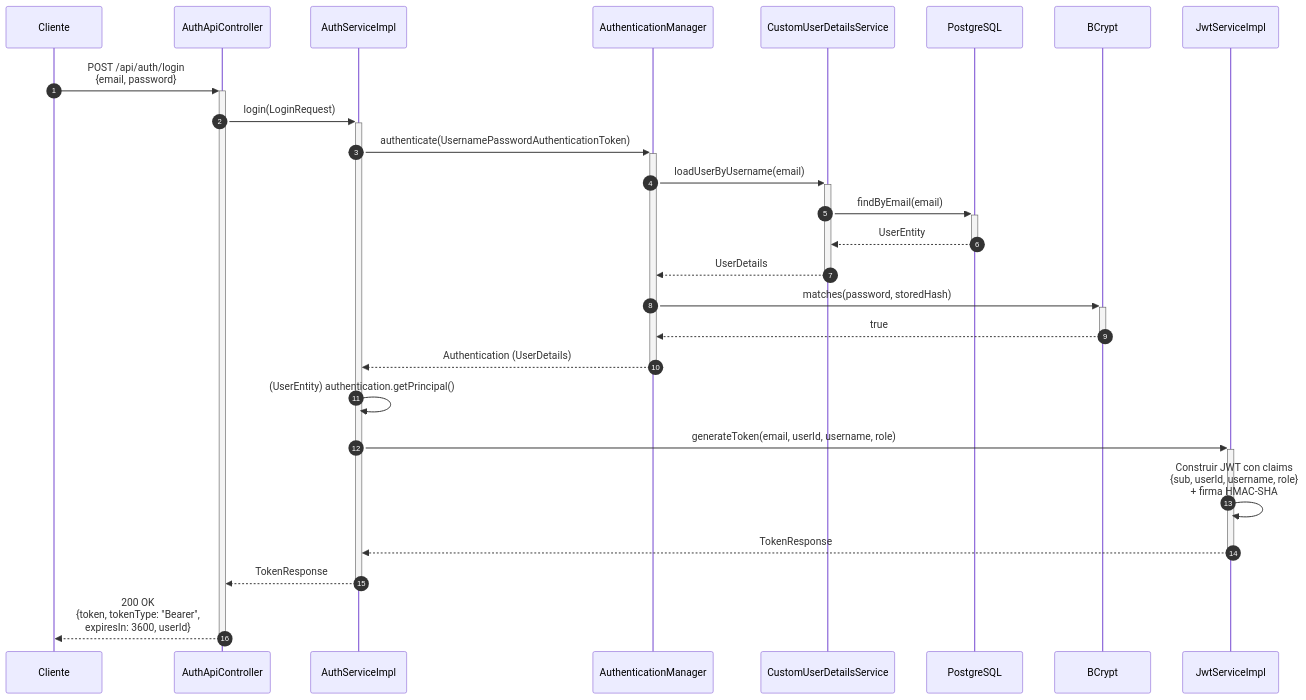
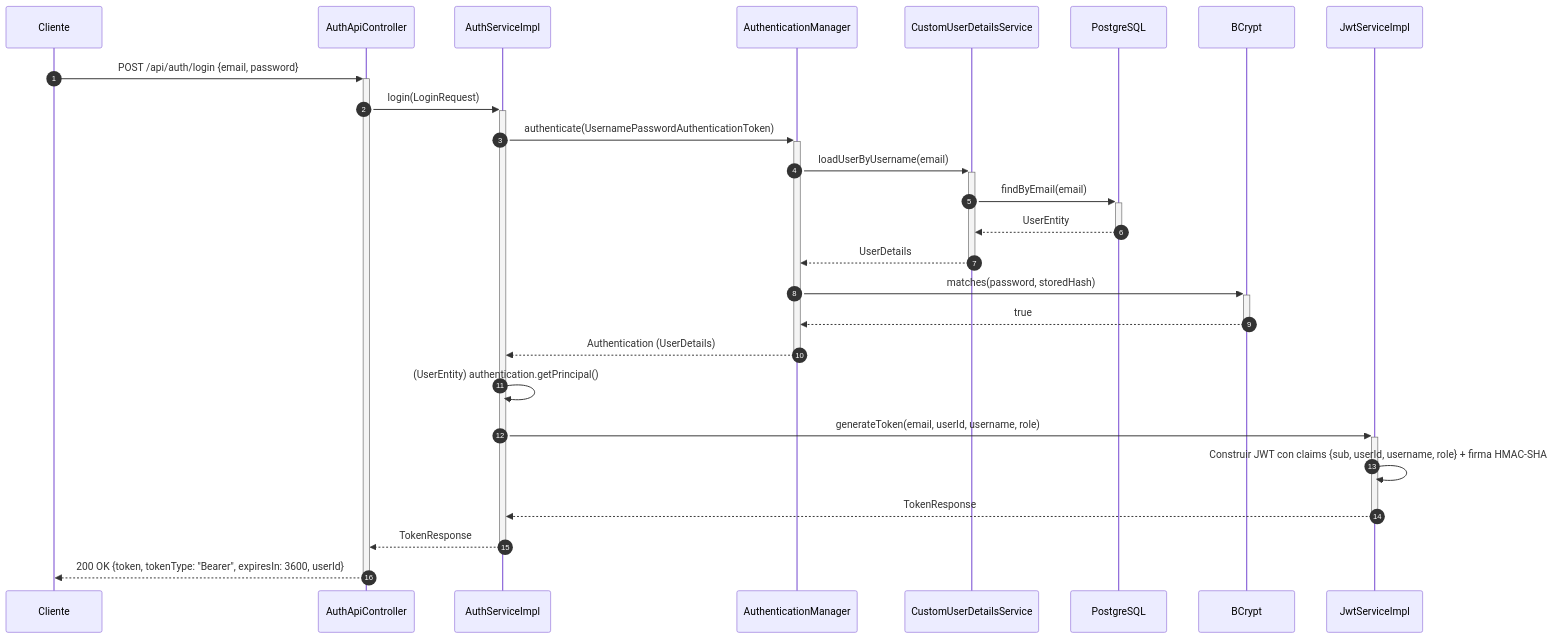
The second of 8 diagrams in docs/ARQUITECTURA.md (dio-quincarDev/springsecurity-basics), drawn with Mermaid before and after one commit. The commit also changed other lines of this file, not shown here.

Commit message:
Mejora de Diagramas

````diff
--- a/docs/ARQUITECTURA.md
+++ b/docs/ARQUITECTURA.md
@@ -77,29 +77,29 @@
 ```mermaid
 sequenceDiagram
     autonumber
     participant C as Cliente
     participant CTRL as AuthApiController
     participant AUTH as AuthServiceImpl
     participant AM as AuthenticationManager
     participant UDS as CustomUserDetailsService
     participant DB as PostgreSQL
     participant BC as BCrypt
     participant JWT as JwtServiceImpl
 
-    C->>+CTRL: POST /api/auth/login<br/>{email, password}
+    C->>+CTRL: POST /api/auth/login {email, password}
     CTRL->>+AUTH: login(LoginRequest)
     AUTH->>+AM: authenticate(UsernamePasswordAuthenticationToken)
     AM->>+UDS: loadUserByUsername(email)
     UDS->>+DB: findByEmail(email)
     DB-->>-UDS: UserEntity
     UDS-->>-AM: UserDetails
     AM->>+BC: matches(password, storedHash)
     BC-->>-AM: true
     AM-->>-AUTH: Authentication (UserDetails)
     AUTH->>AUTH: (UserEntity) authentication.getPrincipal()
     AUTH->>+JWT: generateToken(email, userId, username, role)
-    JWT->>JWT: Construir JWT con claims<br/>{sub, userId, username, role}<br/>+ firma HMAC-SHA
+    JWT->>JWT: Construir JWT con claims {sub, userId, username, role} + firma HMAC-SHA
     JWT-->>-AUTH: TokenResponse
     AUTH-->>-CTRL: TokenResponse
-    CTRL-->>-C: 200 OK<br/>{token, tokenType: "Bearer",<br/>expiresIn: 3600, userId}
+    CTRL-->>-C: 200 OK {token, tokenType: "Bearer", expiresIn: 3600, userId}
 ```
````
